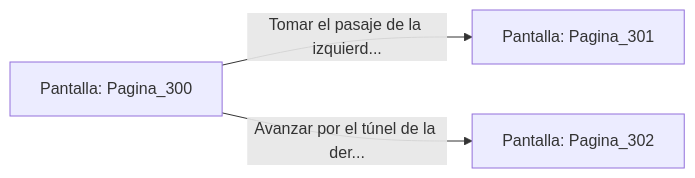
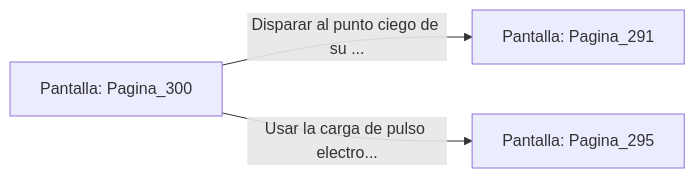
The diagram in sample/eligejuego-vault/Pantalla_Pagina_300.md (metsuke/mpl), drawn with Mermaid before and after one commit. The commit also changed other lines of this file and 635 other files, not shown here.

First line of the commit message:
fix: añadir Pagina_1 como pantalla inicial en capitulo_01.mpl

````diff
--- a/sample/eligejuego-vault/Pantalla_Pagina_300.md
+++ b/sample/eligejuego-vault/Pantalla_Pagina_300.md
@@ -20,6 +22,6 @@
 ```mermaid
 graph LR
     P_Pagina_300["Pantalla: Pagina_300"]
-    P_Pagina_300 -->|"Tomar el pasaje de la izquierd..."| P_Pagina_301["Pantalla: Pagina_301"]
-    P_Pagina_300 -->|"Avanzar por el túnel de la der..."| P_Pagina_302["Pantalla: Pagina_302"]
+    P_Pagina_300 -->|"Disparar al punto ciego de su ..."| P_Pagina_291["Pantalla: Pagina_291"]
+    P_Pagina_300 -->|"Usar la carga de pulso electro..."| P_Pagina_295["Pantalla: Pagina_295"]
 ```
````
